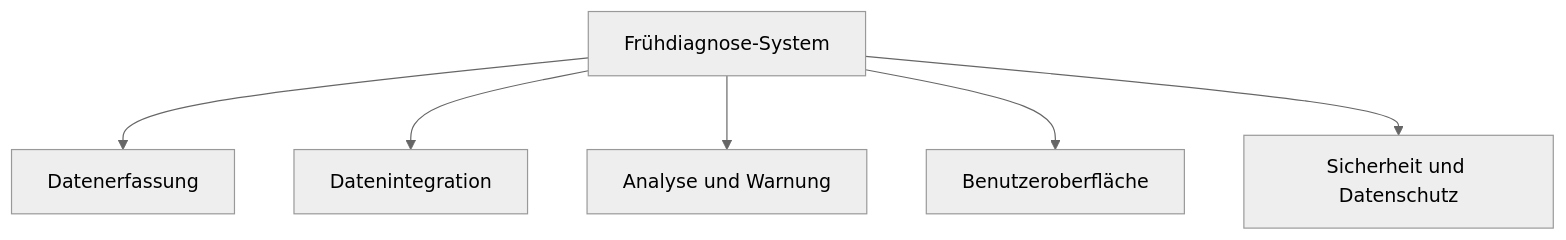
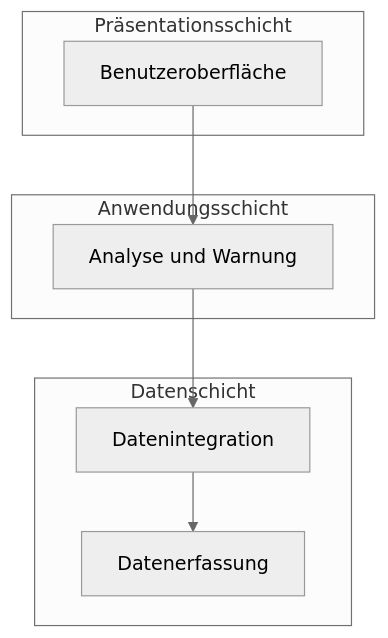
Before and after one commit to DustinScharf/SWTPbtu2024: the third of 9 diagrams in arc42/arc42-template-DE.md, drawn with Mermaid (neutral theme). The commit also changed other lines of this file, not shown here.

````diff
--- a/arc42/arc42-template-DE.md
+++ b/arc42/arc42-template-DE.md
@@ -188,8 +173,17 @@
 ```mermaid
 graph TD
-    A[Frühdiagnose-System] --> B[Datenerfassung]
-    A --> C[Datenintegration]
-    A --> D[Analyse und Warnung]
-    A --> E[Benutzeroberfläche]
-    A --> F[Sicherheit und Datenschutz]
+    subgraph Präsentationsschicht
+        A[Benutzeroberfläche]
+    end
+    subgraph Anwendungsschicht
+        B[Analyse und Warnung]
+    end
+    subgraph Datenschicht
+        C[Datenintegration]
+        D[Datenerfassung]
+    end
+    
+    A --> B
+    B --> C
+    C --> D
 ```
````
